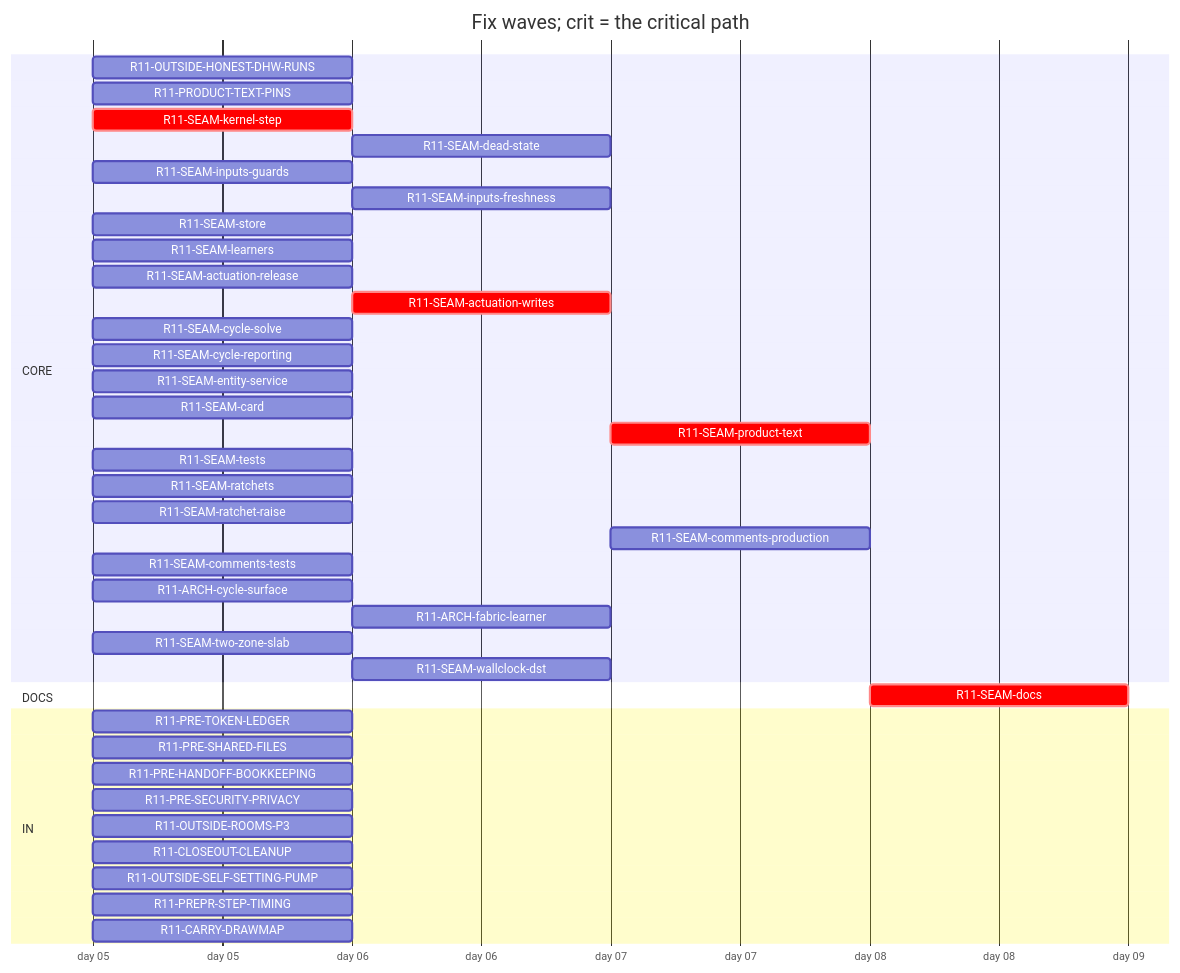
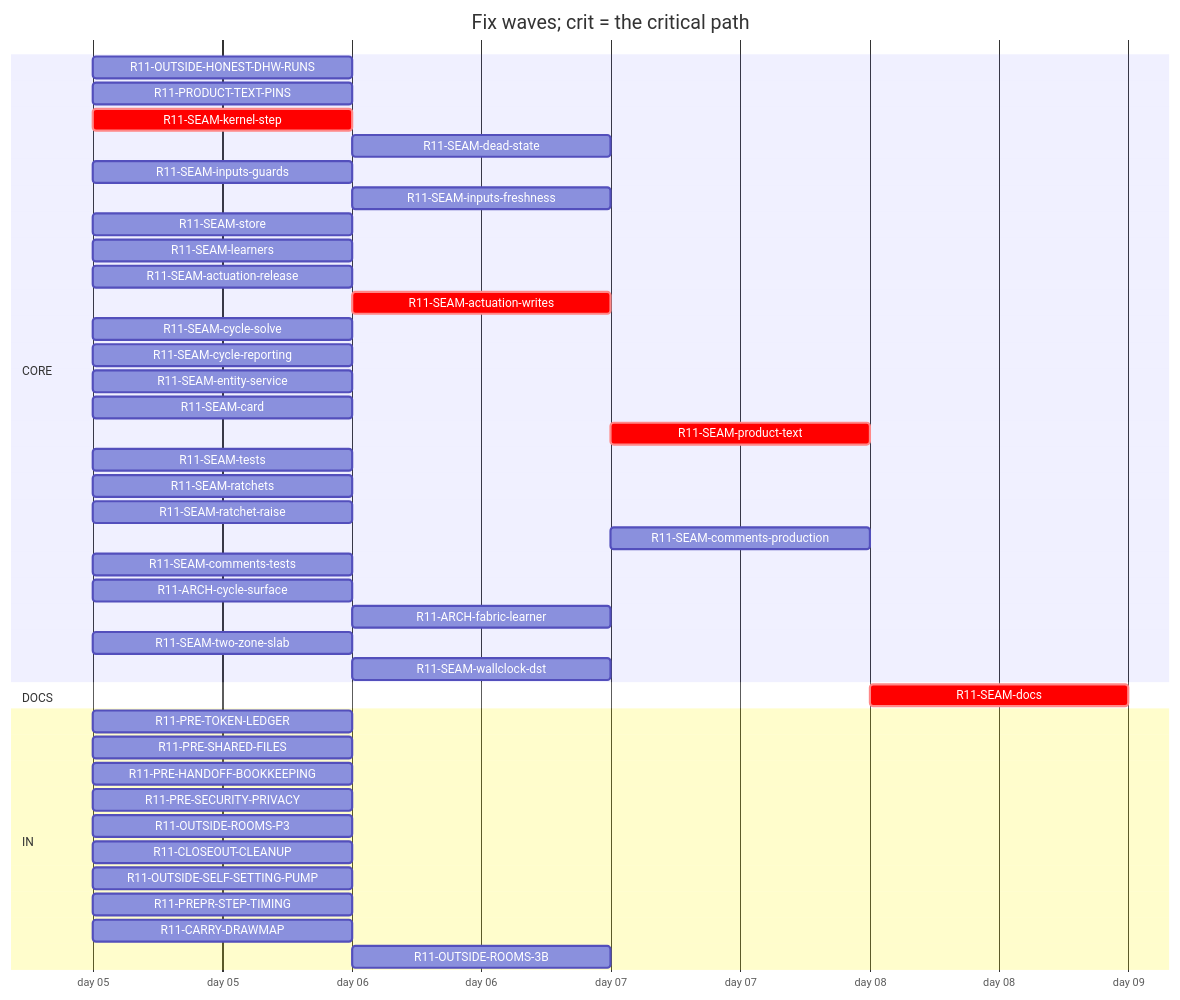
One commit to tvofi/heatpump_optimizer changed the diagram in handoff/round11/state/PLAN-TABLE.md. Above: the diagram before and after it, drawn with Mermaid. The commit also changed other lines of this file and 3 other files, not shown here.

Commit message:
state: FLOW-BOARD.md, NEXT-SESSION-PROMPT.md, PLAN-TABLE.md, PLAN.html, RESUME-CURRENT.md regenerated (state_docs.py)

````diff
--- a/handoff/round11/state/PLAN-TABLE.md
+++ b/handoff/round11/state/PLAN-TABLE.md
@@ -16,43 +16,44 @@
 ```mermaid
 gantt
   title Fix waves; crit = the critical path
   dateFormat YYYY-MM-DD
   axisFormat day %d
   section CORE
     R11-OUTSIDE-HONEST-DHW-RUNS :r11OUTSIDEHONESTDHWRUNS, 2026-01-05, 1d
     R11-PRODUCT-TEXT-PINS :r11PRODUCTTEXTPINS, 2026-01-05, 1d
     R11-SEAM-kernel-step :crit, r11SEAMkernelstep, 2026-01-05, 1d
     R11-SEAM-dead-state :r11SEAMdeadstate, after r11SEAMstore, 1d
     R11-SEAM-inputs-guards :r11SEAMinputsguards, 2026-01-05, 1d
     R11-SEAM-inputs-freshness :r11SEAMinputsfreshness, after r11SEAMkernelstep, 1d
     R11-SEAM-store :r11SEAMstore, 2026-01-05, 1d
     R11-SEAM-learners :r11SEAMlearners, 2026-01-05, 1d
     R11-SEAM-actuation-release :r11SEAMactuationrelease, 2026-01-05, 1d
     R11-SEAM-actuation-writes :crit, r11SEAMactuationwrites, after r11SEAMkernelstep r11SEAMactuationrelease, 1d
     R11-SEAM-cycle-solve :r11SEAMcyclesolve, 2026-01-05, 1d
     R11-SEAM-cycle-reporting :r11SEAMcyclereporting, 2026-01-05, 1d
     R11-SEAM-entity-service :r11SEAMentityservice, 2026-01-05, 1d
     R11-SEAM-card :r11SEAMcard, 2026-01-05, 1d
     R11-SEAM-product-text :crit, r11SEAMproducttext, after r11SEAMactuationrelease r11SEAMactuationwrites r11SEAMentityservice r11SEAMinputsguards r11SEAMinputsfreshness r11SEAMcyclesolve r11SEAMcyclereporting, 1d
     R11-SEAM-tests :r11SEAMtests, 2026-01-05, 1d
     R11-SEAM-ratchets :r11SEAMratchets, 2026-01-05, 1d
     R11-SEAM-ratchet-raise :r11SEAMratchetraise, 2026-01-05, 1d
     R11-SEAM-comments-production :r11SEAMcommentsproduction, after r11SEAMactuationrelease r11SEAMactuationwrites r11SEAMentityservice r11SEAMinputsguards r11SEAMinputsfreshness r11SEAMcyclesolve r11SEAMcyclereporting, 1d
     R11-SEAM-comments-tests :r11SEAMcommentstests, 2026-01-05, 1d
     R11-ARCH-cycle-surface :r11ARCHcyclesurface, 2026-01-05, 1d
     R11-ARCH-fabric-learner :r11ARCHfabriclearner, after r11SEAMlearners, 1d
     R11-SEAM-two-zone-slab :r11SEAMtwozoneslab, 2026-01-05, 1d
     R11-SEAM-wallclock-dst :r11SEAMwallclockdst, after r11SEAMkernelstep, 1d
   section DOCS
     R11-SEAM-docs :crit, r11SEAMdocs, after r11SEAMlearners r11SEAMactuationrelease r11SEAMactuationwrites r11SEAMentityservice r11SEAMinputsguards r11SEAMinputsfreshness r11SEAMcyclesolve r11SEAMcyclereporting r11SEAMcard r11SEAMproducttext, 1d
   section IN
     R11-PRE-TOKEN-LEDGER :r11PRETOKENLEDGER, 2026-01-05, 1d
     R11-PRE-SHARED-FILES :r11PRESHAREDFILES, 2026-01-05, 1d
     R11-PRE-HANDOFF-BOOKKEEPING :r11PREHANDOFFBOOKKEEPING, 2026-01-05, 1d
     R11-PRE-SECURITY-PRIVACY :r11PRESECURITYPRIVACY, 2026-01-05, 1d
     R11-OUTSIDE-ROOMS-P3 :r11OUTSIDEROOMSP3, 2026-01-05, 1d
     R11-CLOSEOUT-CLEANUP :r11CLOSEOUTCLEANUP, 2026-01-05, 1d
     R11-OUTSIDE-SELF-SETTING-PUMP :r11OUTSIDESELFSETTINGPUMP, 2026-01-05, 1d
     R11-PREPR-STEP-TIMING :r11PREPRSTEPTIMING, 2026-01-05, 1d
     R11-CARRY-DRAWMAP :r11CARRYDRAWMAP, 2026-01-05, 1d
+    R11-OUTSIDE-ROOMS-3B :r11OUTSIDEROOMS3B, after r11OUTSIDEROOMSP3, 1d
 ```
````
